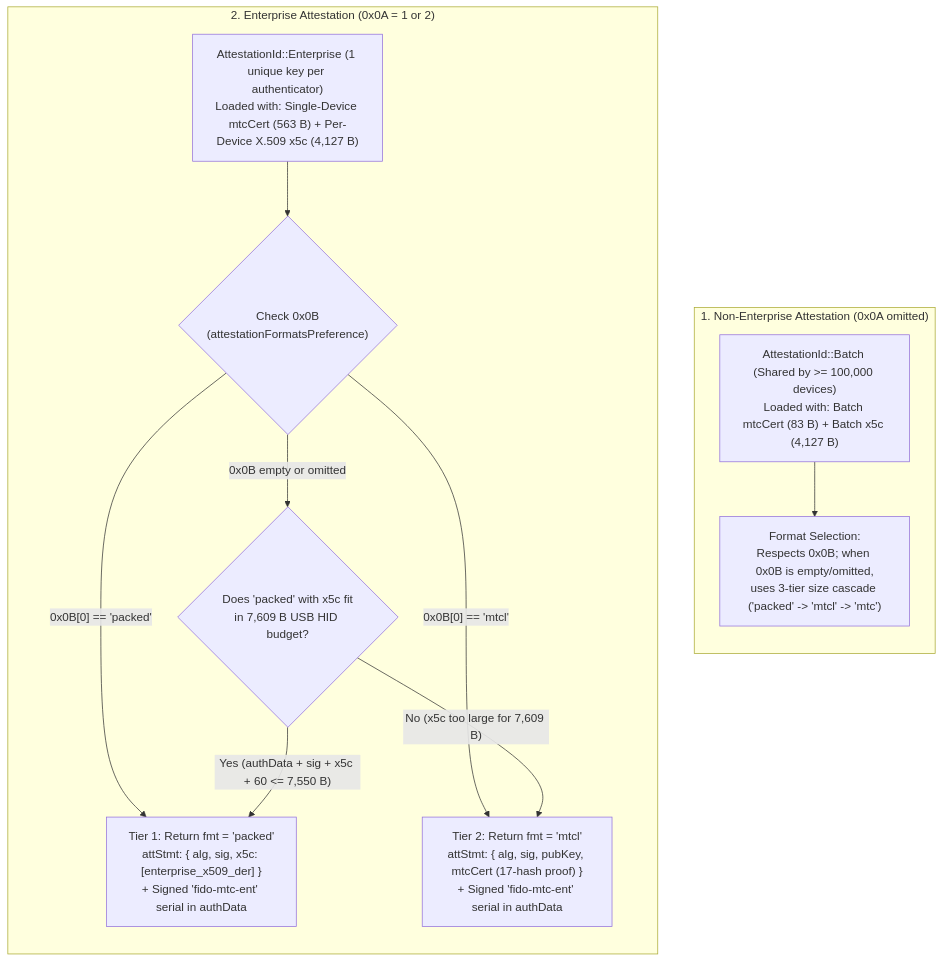
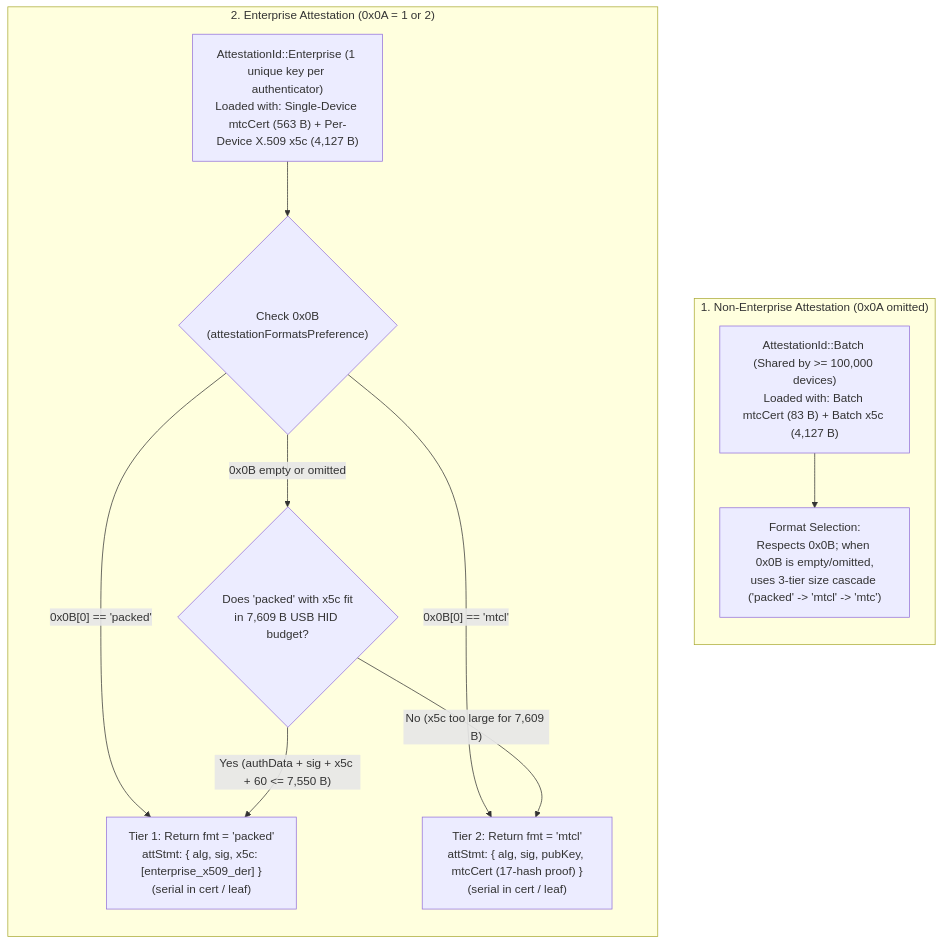
Before and after one commit to ve7jtb/ve7jtb.github.io: the third of 4 diagrams in pq_mtc_attestation_proposal.md, drawn with Mermaid. The commit also changed other lines of this file and 7 other files, not shown here.

Commit message:
Remove redundant fido-mtc-ent wire extension; bind device serial directly via MTC leaf commitment and manufacturer manifest

````diff
--- a/pq_mtc_attestation_proposal.md
+++ b/pq_mtc_attestation_proposal.md
@@ -596,24 +595,24 @@
 ```mermaid
 flowchart TD
     subgraph NonEnt["1. Non-Enterprise Attestation (0x0A omitted)"]
         direction TB
         BatchKey["AttestationId::Batch (Shared by >= 100,000 devices)<br/>Loaded with: Batch mtcCert (83 B) + Batch x5c (4,127 B)"]
         BatchCascade["Format Selection:<br/>Respects 0x0B; when 0x0B is empty/omitted,<br/>uses 3-tier size cascade ('packed' -> 'mtcl' -> 'mtc')"]
         BatchKey --> BatchCascade
     end
 
     subgraph Ent["2. Enterprise Attestation (0x0A = 1 or 2)"]
         direction TB
         EntKey["AttestationId::Enterprise (1 unique key per authenticator)<br/>Loaded with: Single-Device mtcCert (563 B) + Per-Device X.509 x5c (4,127 B)"]
         EntPref{"Check 0x0B<br/>(attestationFormatsPreference)"}
         EntSize{"Does 'packed' with x5c fit<br/>in 7,609 B USB HID budget?"}
-        EntPacked["Tier 1: Return fmt = 'packed'<br/>attStmt: { alg, sig, x5c: [enterprise_x509_der] }<br/>+ Signed 'fido-mtc-ent' serial in authData"]
-        EntMtc["Tier 2: Return fmt = 'mtcl'<br/>attStmt: { alg, sig, pubKey, mtcCert (17-hash proof) }<br/>+ Signed 'fido-mtc-ent' serial in authData"]
+        EntPacked["Tier 1: Return fmt = 'packed'<br/>attStmt: { alg, sig, x5c: [enterprise_x509_der] }<br/>(serial in cert / leaf)"]
+        EntMtc["Tier 2: Return fmt = 'mtcl'<br/>attStmt: { alg, sig, pubKey, mtcCert (17-hash proof) }<br/>(serial in cert / leaf)"]
         EntKey --> EntPref
         EntPref -- "0x0B[0] == 'packed'" --> EntPacked
         EntPref -- "0x0B[0] == 'mtcl'" --> EntMtc
         EntPref -- "0x0B empty or omitted" --> EntSize
         EntSize -- "Yes (authData + sig + x5c + 60 <= 7,550 B)" --> EntPacked
         EntSize -- "No (x5c too large for 7,609 B)" --> EntMtc
     end
 ```
````
